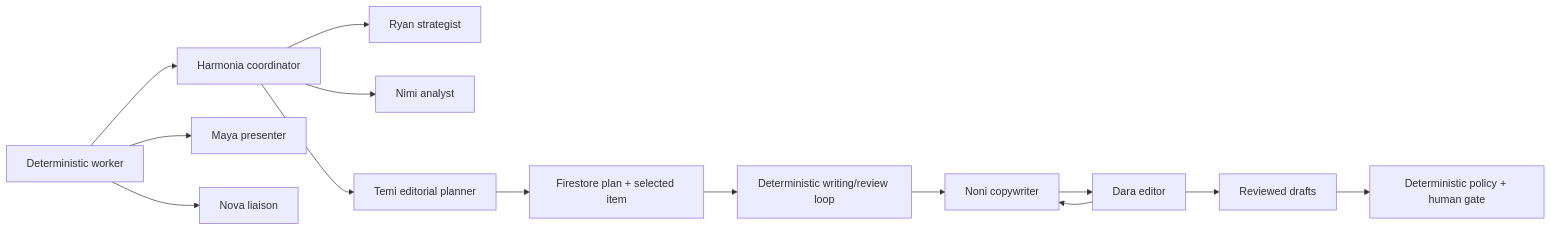
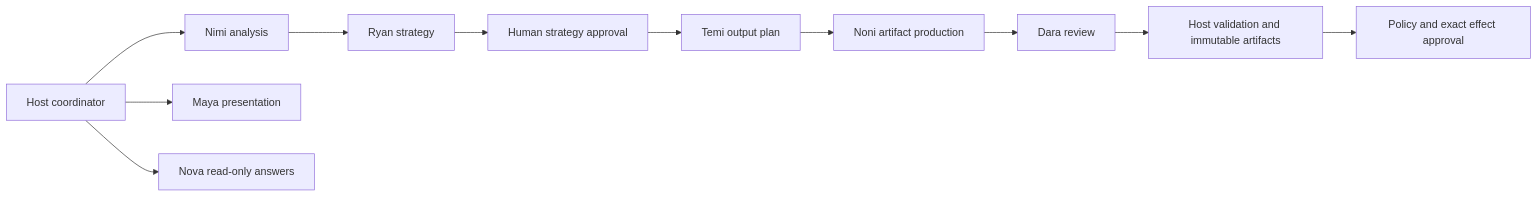
The diagram in docs/agent-platform.mdx (danielAsaboro/harmonia-agents-for-humans), drawn with Mermaid before and after one commit. The commit also changed other lines of this file and 616 other files, not shown here.

````diff
--- a/docs/agent-platform.mdx
+++ b/docs/agent-platform.mdx
@@ -17,16 +12,13 @@
 ```mermaid
 flowchart LR
-  W[Deterministic worker] --> H[Harmonia coordinator]
-  H --> R[Ryan strategist]
-  H --> S[Nimi analyst]
-  H --> T[Temi editorial planner]
-  T --> FS[Firestore plan + selected item]
-  FS --> F[Deterministic writing/review loop]
-  F --> N[Noni copywriter]
-  N --> D[Dara editor]
-  D --> N
-  W --> M[Maya presenter]
-  W --> V[Nova liaison]
-  D --> P[Reviewed drafts]
-  P --> G[Deterministic policy + human gate]
+  W[Host coordinator] --> N[Nimi analysis]
+  N --> R[Ryan strategy]
+  R --> A[Human strategy approval]
+  A --> T[Temi output plan]
+  T --> P[Noni artifact production]
+  P --> D[Dara review]
+  D --> V[Host validation and immutable artifacts]
+  V --> G[Policy and exact effect approval]
+  W --> M[Maya presentation]
+  W --> L[Nova read-only answers]
 ```
````
